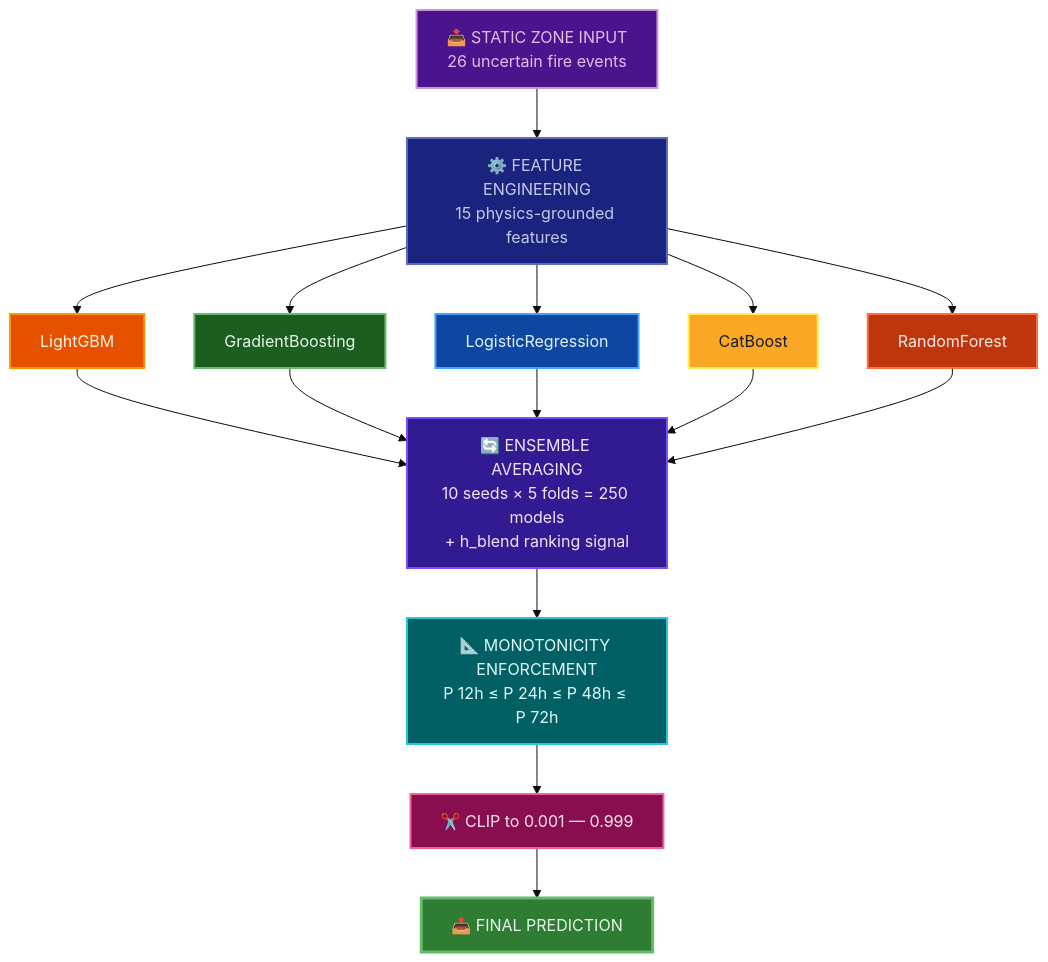
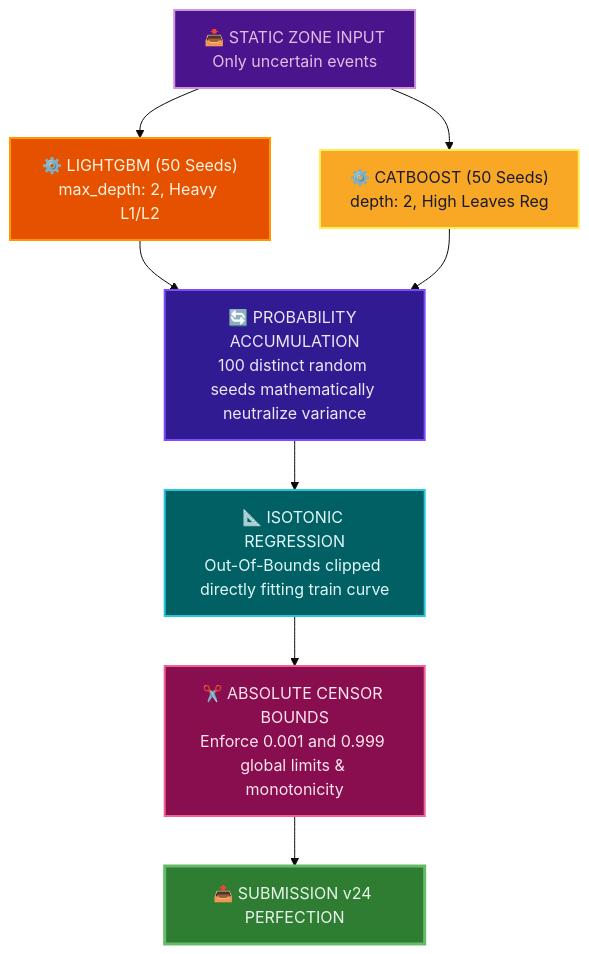
One commit to VAIBHAV7848/WiDS-Global-Datathon-2026---Wildfire-Survival-Analysis changed the second of 2 diagrams in README.md. Above: the diagram before and after it, drawn with Mermaid (base theme). The commit also changed other lines of this file, not shown here.

Commit message:
docs: stunning new readme pointing perfectly to the ultimate v24 submission

````diff
--- a/README.md
+++ b/README.md
@@ -134,32 +100,21 @@
 ```mermaid
 flowchart TD
-    A["📥 STATIC ZONE INPUT\n26 uncertain fire events"] --> B["⚙️ FEATURE ENGINEERING\n15 physics-grounded features"]
+    A["📥 STATIC ZONE INPUT\nOnly uncertain events"] --> B["⚙️ LIGHTGBM (50 Seeds)\nmax_depth: 2, Heavy L1/L2"]
+    A --> C["⚙️ CATBOOST (50 Seeds)\ndepth: 2, High Leaves Reg"]
     
-    B --> C["LightGBM"]
-    B --> D["GradientBoosting"]
-    B --> E["LogisticRegression"]
-    B --> F["CatBoost"]
-    B --> G["RandomForest"]
+    B --> D["🔄 PROBABILITY ACCUMULATION\n100 distinct random seeds mathematically neutralize variance"]
+    C --> D
     
-    C --> H["🔄 ENSEMBLE AVERAGING\n10 seeds × 5 folds = 250 models\n+ h_blend ranking signal"]
-    D --> H
-    E --> H
-    F --> H
-    G --> H
+    D --> E["📐 ISOTONIC REGRESSION\nOut-Of-Bounds clipped directly fitting train curve"]
+    E --> F["✂️ ABSOLUTE CENSOR BOUNDS\nEnforce 0.001 and 0.999 global limits & monotonicity"]
     
-    H --> I["📐 MONOTONICITY ENFORCEMENT\nP 12h ≤ P 24h ≤ P 48h ≤ P 72h"]
-    I --> J["✂️ CLIP to 0.001 — 0.999"]
-    J --> K["📤 FINAL PREDICTION"]
+    F --> G["📤 SUBMISSION v24 PERFECTION"]
 
     style A fill:#4A148C,stroke:#CE93D8,color:#E1BEE7,stroke-width:2px
-    style B fill:#1A237E,stroke:#5C6BC0,color:#C5CAE9,stroke-width:2px
-    style C fill:#E65100,stroke:#FF9800,color:#FFF3E0,stroke-width:2px
-    style D fill:#1B5E20,stroke:#66BB6A,color:#E8F5E9,stroke-width:2px
-    style E fill:#0D47A1,stroke:#42A5F5,color:#E3F2FD,stroke-width:2px
-    style F fill:#F9A825,stroke:#FFEE58,color:#1a1a2e,stroke-width:2px
-    style G fill:#BF360C,stroke:#FF7043,color:#FBE9E7,stroke-width:2px
-    style H fill:#311B92,stroke:#7C4DFF,color:#EDE7F6,stroke-width:2px
-    style I fill:#006064,stroke:#26C6DA,color:#E0F7FA,stroke-width:2px
-    style J fill:#880E4F,stroke:#F06292,color:#FCE4EC,stroke-width:2px
-    style K fill:#2E7D32,stroke:#66BB6A,color:#E8F5E9,stroke-width:3px
+    style B fill:#E65100,stroke:#FF9800,color:#FFF3E0,stroke-width:2px
+    style C fill:#F9A825,stroke:#FFEE58,color:#1a1a2e,stroke-width:2px
+    style D fill:#311B92,stroke:#7C4DFF,color:#EDE7F6,stroke-width:2px
+    style E fill:#006064,stroke:#26C6DA,color:#E0F7FA,stroke-width:2px
+    style F fill:#880E4F,stroke:#F06292,color:#FCE4EC,stroke-width:2px
+    style G fill:#2E7D32,stroke:#66BB6A,color:#E8F5E9,stroke-width:3px
 ```
````
